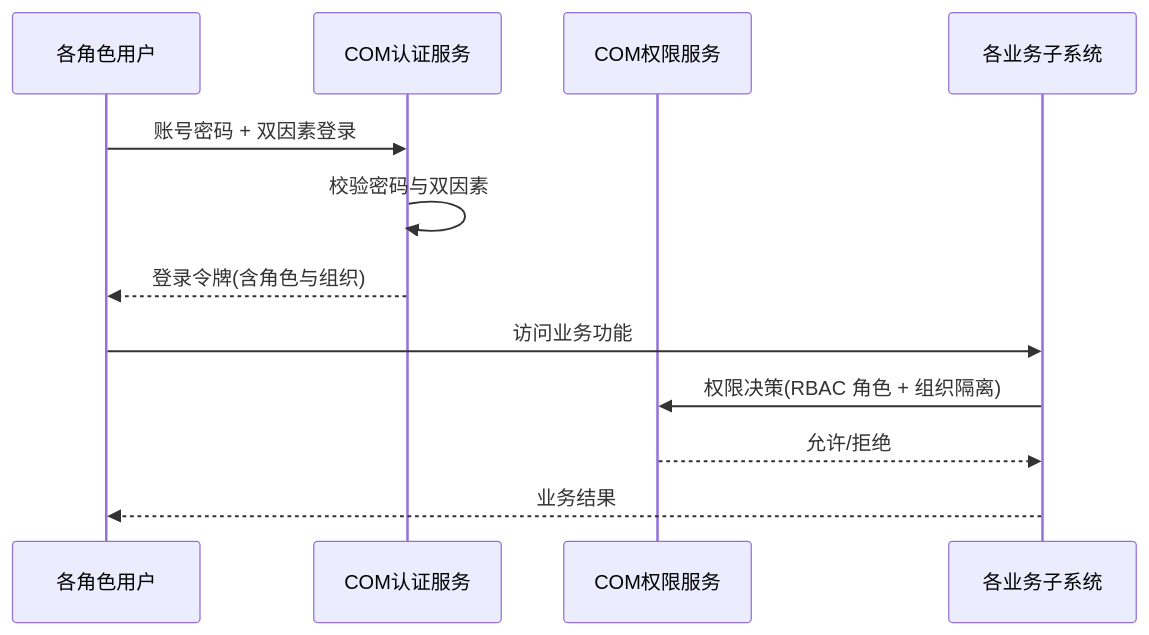
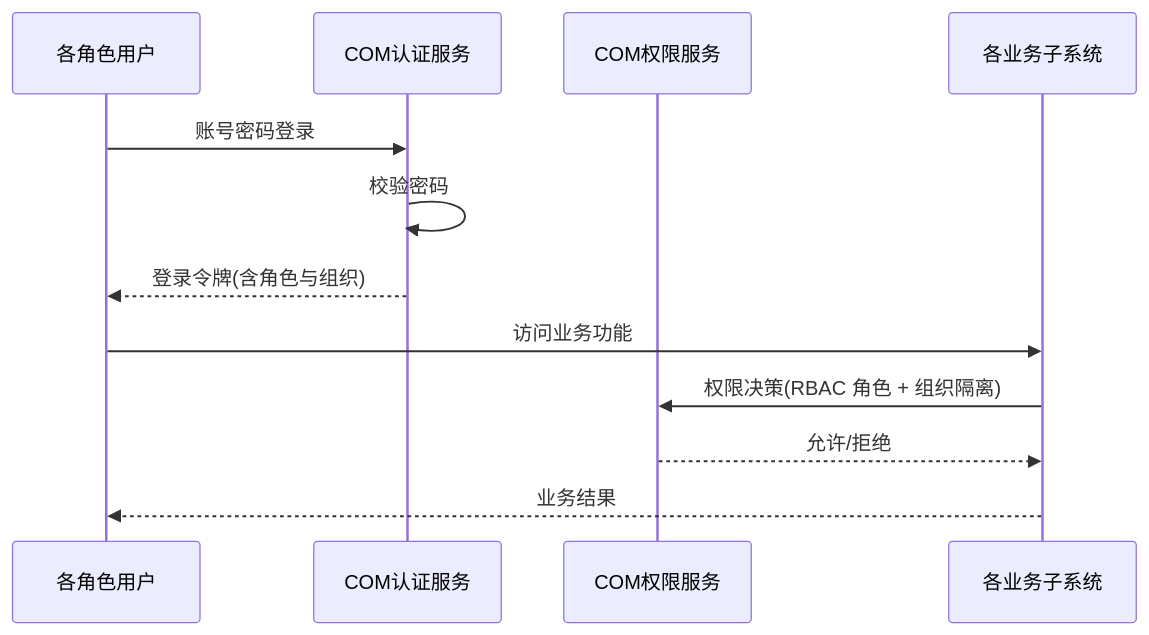
One commit to Sj-g/obsidian changed diagram 28 of 50 in 公司项目/认知作战/文档/软件需求规格说明.md. Above: the diagram before and after it, drawn with Mermaid. The commit also changed other lines of this file and 2 other files, not shown here.

````diff
--- a/公司项目/认知作战/文档/软件需求规格说明.md
+++ b/公司项目/认知作战/文档/软件需求规格说明.md
@@ -2217,14 +2215,14 @@
 ```mermaid
 sequenceDiagram
   participant 用户 as 各角色用户
   participant 认证 as COM认证服务
   participant 权限 as COM权限服务
   participant 业务 as 各业务子系统
-  用户->>认证: 账号密码 + 双因素登录
-  认证->>认证: 校验密码与双因素
+  用户->>认证: 账号密码登录
+  认证->>认证: 校验密码
   认证-->>用户: 登录令牌(含角色与组织)
   用户->>业务: 访问业务功能
   业务->>权限: 权限决策(RBAC 角色 + 组织隔离)
   权限-->>业务: 允许/拒绝
   业务-->>用户: 业务结果
 ```
````
